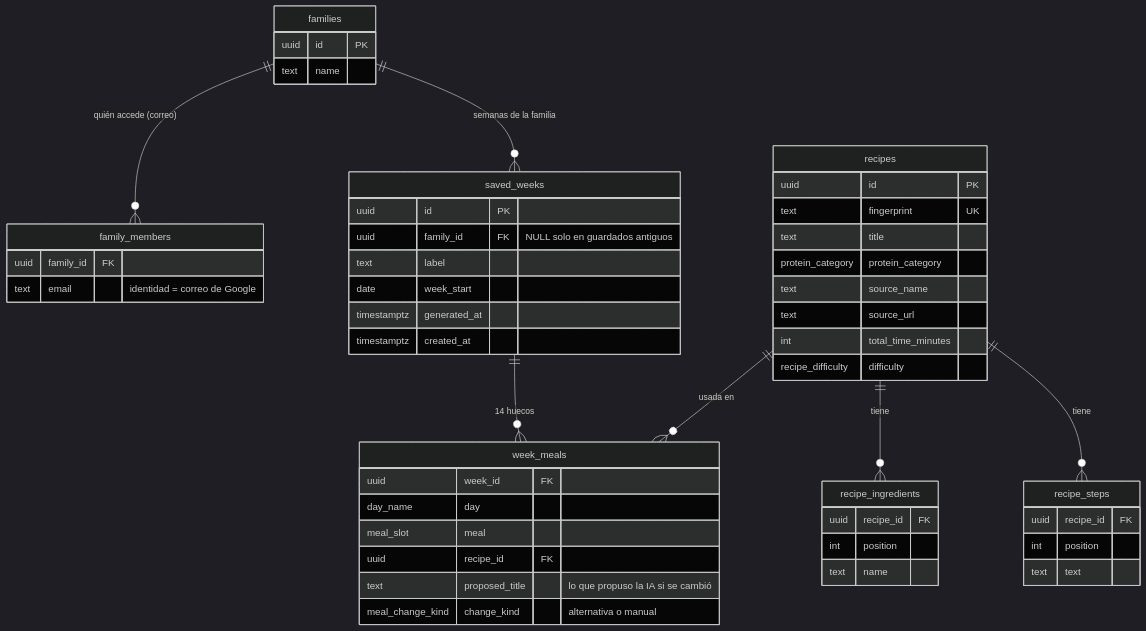
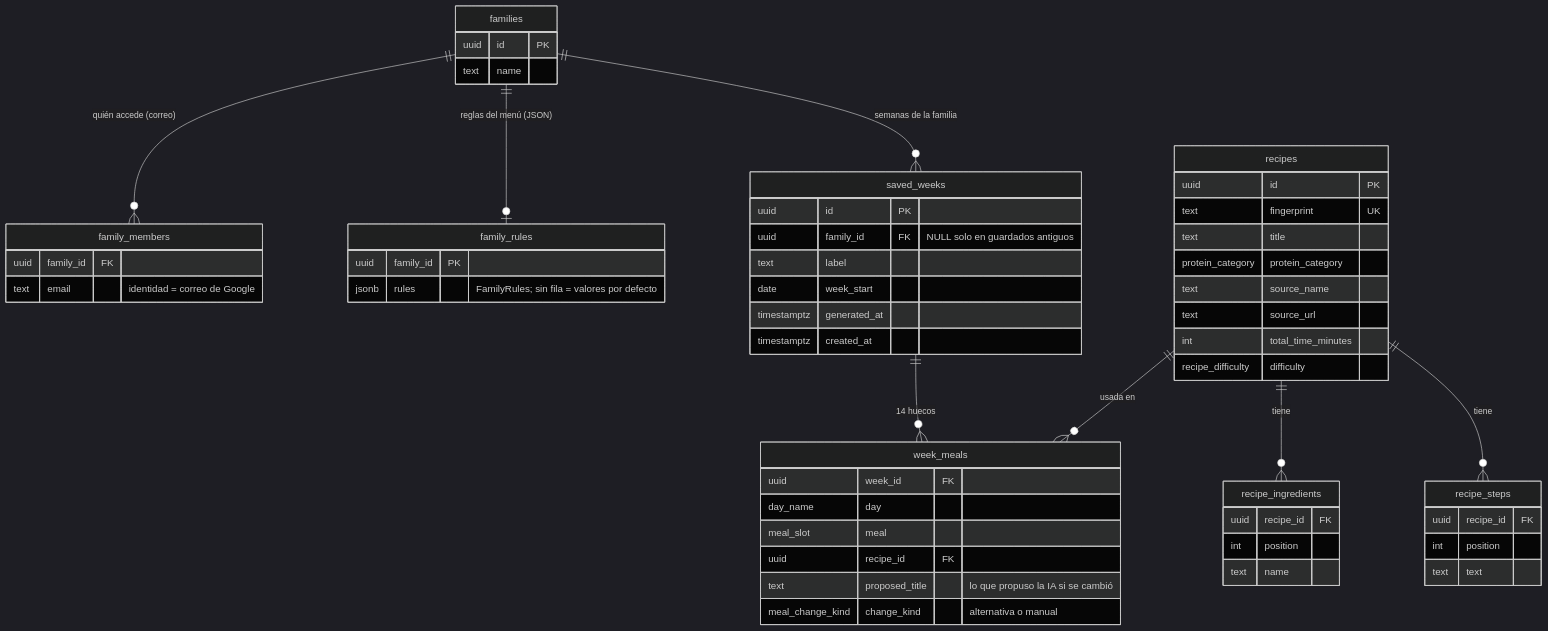
The fourth of 4 diagrams in docs/arquitectura.md (borjarfp/mesamia), drawn with Mermaid (dark theme) before and after one commit. The commit also changed 36 other files, not shown here.

````diff
--- a/docs/arquitectura.md
+++ b/docs/arquitectura.md
@@ -145,54 +145,59 @@
 ```mermaid
 erDiagram
   families ||--o{ family_members : "quién accede (correo)"
+  families ||--o| family_rules : "reglas del menú (JSON)"
   families ||--o{ saved_weeks : "semanas de la familia"
   saved_weeks ||--o{ week_meals : "14 huecos"
   recipes ||--o{ week_meals : "usada en"
   recipes ||--o{ recipe_ingredients : "tiene"
   recipes ||--o{ recipe_steps : "tiene"
 
   families {
     uuid id PK
     text name
+  }
+  family_rules {
+    uuid family_id PK
+    jsonb rules "FamilyRules; sin fila = valores por defecto"
   }
   family_members {
     uuid family_id FK
     text email "identidad = correo de Google"
   }
   saved_weeks {
     uuid id PK
     uuid family_id FK "NULL solo en guardados antiguos"
     text label
     date week_start
     timestamptz generated_at
     timestamptz created_at
   }
   week_meals {
     uuid week_id FK
     day_name day
     meal_slot meal
     uuid recipe_id FK
     text proposed_title "lo que propuso la IA si se cambió"
     meal_change_kind change_kind "alternativa o manual"
   }
   recipes {
     uuid id PK
     text fingerprint UK
     text title
     protein_category protein_category
     text source_name
     text source_url
     int total_time_minutes
     recipe_difficulty difficulty
   }
   recipe_ingredients {
     uuid recipe_id FK
     int position
     text name
   }
   recipe_steps {
     uuid recipe_id FK
     int position
     text text
   }
 ```
````
